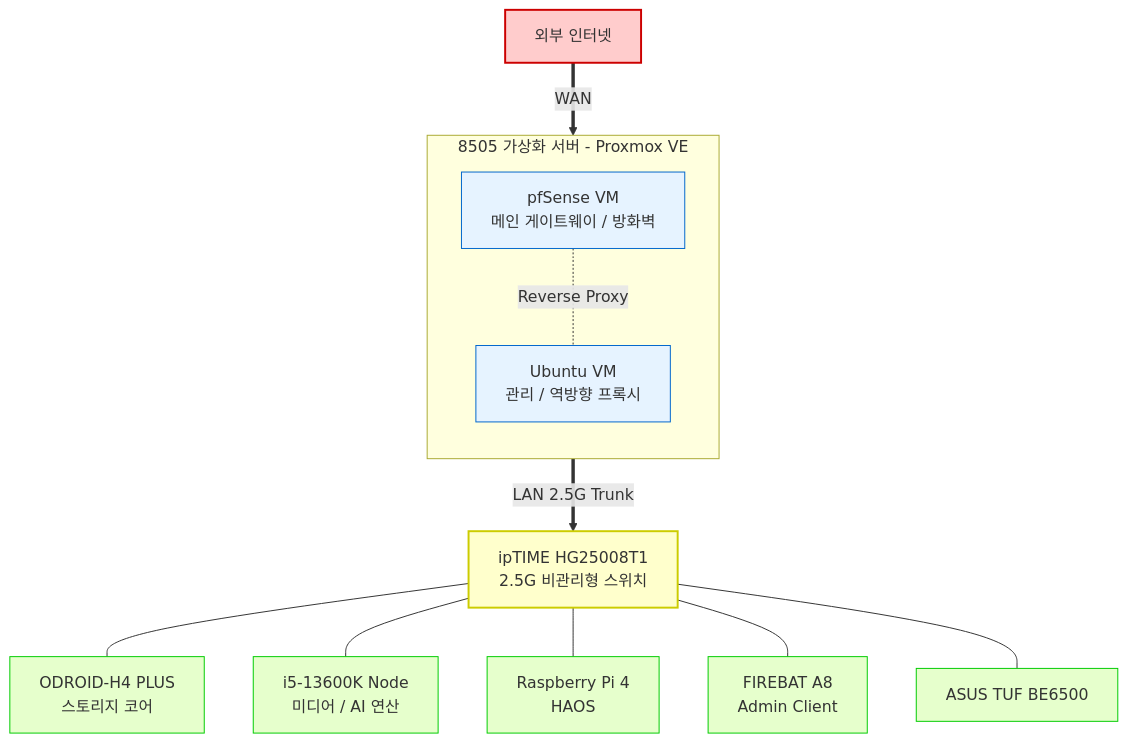
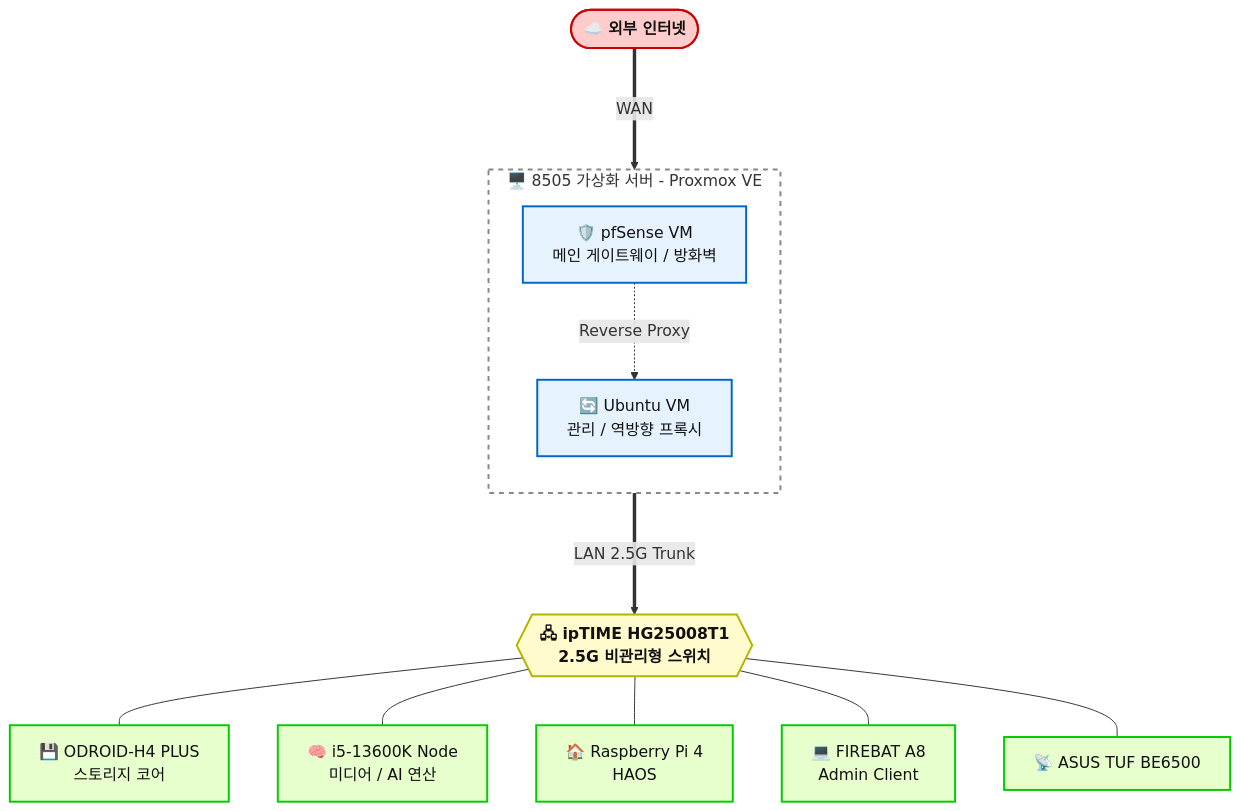
The diagram in _posts/2026-03-22-homelab-architecture-router-to-server-topology.md (hwaserbit/hwaserbit.github.io), drawn with Mermaid before and after one commit. The commit also changed other lines of this file, not shown here.

Commit message:
다이어그램 가독성을 올리고 문법에러 수정

````diff
--- a/_posts/2026-03-22-homelab-architecture-router-to-server-topology.md
+++ b/_posts/2026-03-22-homelab-architecture-router-to-server-topology.md
@@ -50,37 +50,40 @@
 ```mermaid
-graph TD
-    %% 스타일 정의 (각진 노드 및 색상 테마)
-    classDef default fill:#f9f9f9,stroke:#333,stroke-width:1px;
-    classDef wan fill:#ffcccc,stroke:#cc0000,stroke-width:2px;
-    classDef virt fill:#e6f3ff,stroke:#0066cc,stroke-width:1px;
-    classDef switch fill:#ffffcc,stroke:#cccc00,stroke-width:2px;
-    classDef physical fill:#e6ffcc,stroke:#00cc00,stroke-width:1px;
+flowchart TD
+    %% 1. 스타일 정의 (다크모드에서도 잘 보이도록 텍스트 색상 color:#111 강제 지정)
+    classDef wan fill:#ffcccc,stroke:#cc0000,stroke-width:2px,color:#111,font-weight:bold;
+    classDef virt fill:#e6f3ff,stroke:#0066cc,stroke-width:2px,color:#111;
+    classDef switch fill:#fffbcc,stroke:#b3b300,stroke-width:2px,color:#111,font-weight:bold;
+    classDef physical fill:#e6ffcc,stroke:#00cc00,stroke-width:2px,color:#111;
+    
+    %% 서브그래프(Proxmox) 테두리 스타일 지정
+    style VirtHost fill:transparent,stroke:#888,stroke-width:2px,stroke-dasharray: 5 5
 
-    %% 노드 정의
-    Internet[외부 인터넷]:::wan
+    %% 2. 노드 정의 (도형 모양 변경 및 이모지 추가로 퀄리티 업그레이드)
+    Internet([☁️ 외부 인터넷]):::wan
     
-    subgraph VirtHost [8505 가상화 서버 - Proxmox VE]
+    subgraph VirtHost [🖥️ 8505 가상화 서버 - Proxmox VE]
         direction TB
-        pfSense[pfSense VM<br/>메인 게이트웨이 / 방화벽]:::virt
-        UbuntuVM[Ubuntu VM<br/>관리 / 역방향 프록시]:::virt
-        pfSense -. Reverse Proxy .- UbuntuVM
+        pfSense[🛡️ pfSense VM<br/>메인 게이트웨이 / 방화벽]:::virt
+        UbuntuVM[🔄 Ubuntu VM<br/>관리 / 역방향 프록시]:::virt
+        pfSense -.-> |Reverse Proxy| UbuntuVM
     end
     
-    Switch[ipTIME HG25008T1<br/>2.5G 비관리형 스위치]:::switch
+    %% 스위치는 육각형(Hexagon)으로 만들어 중앙 허브 느낌 강조
+    Switch{{🖧 ipTIME HG25008T1<br/>2.5G 비관리형 스위치}}:::switch
     
-    H4Plus[ODROID-H4 PLUS<br/>스토리지 코어]:::physical
-    Compute[i5-13600K Node<br/>미디어 / AI 연산]:::physical
-    IoT[Raspberry Pi 4<br/>HAOS]:::physical
-    Client[FIREBAT A8<br/>Admin Client]:::physical
-    AP[ASUS TUF BE6500]:::physical
+    H4Plus[💾 ODROID-H4 PLUS<br/>스토리지 코어]:::physical
+    Compute[🧠 i5-13600K Node<br/>미디어 / AI 연산]:::physical
+    IoT[🏠 Raspberry Pi 4<br/>HAOS]:::physical
+    Client[💻 FIREBAT A8<br/>Admin Client]:::physical
+    AP[📡 ASUS TUF BE6500]:::physical
 
-    %% 연결 정의
-    Internet ==> |WAN| pfSense
-    pfSense ==> |LAN 2.5G Trunk| Switch
+    %% 3. 연결 정의 (중앙 정렬을 위해 스위치로 가는 선의 가중치를 높임 ===>)
+    Internet ===> |WAN| pfSense
+    pfSense ===> |LAN 2.5G Trunk| Switch
     
     Switch --- H4Plus
     Switch --- Compute
     Switch --- IoT
     Switch --- Client
     Switch --- AP
 ```
````
